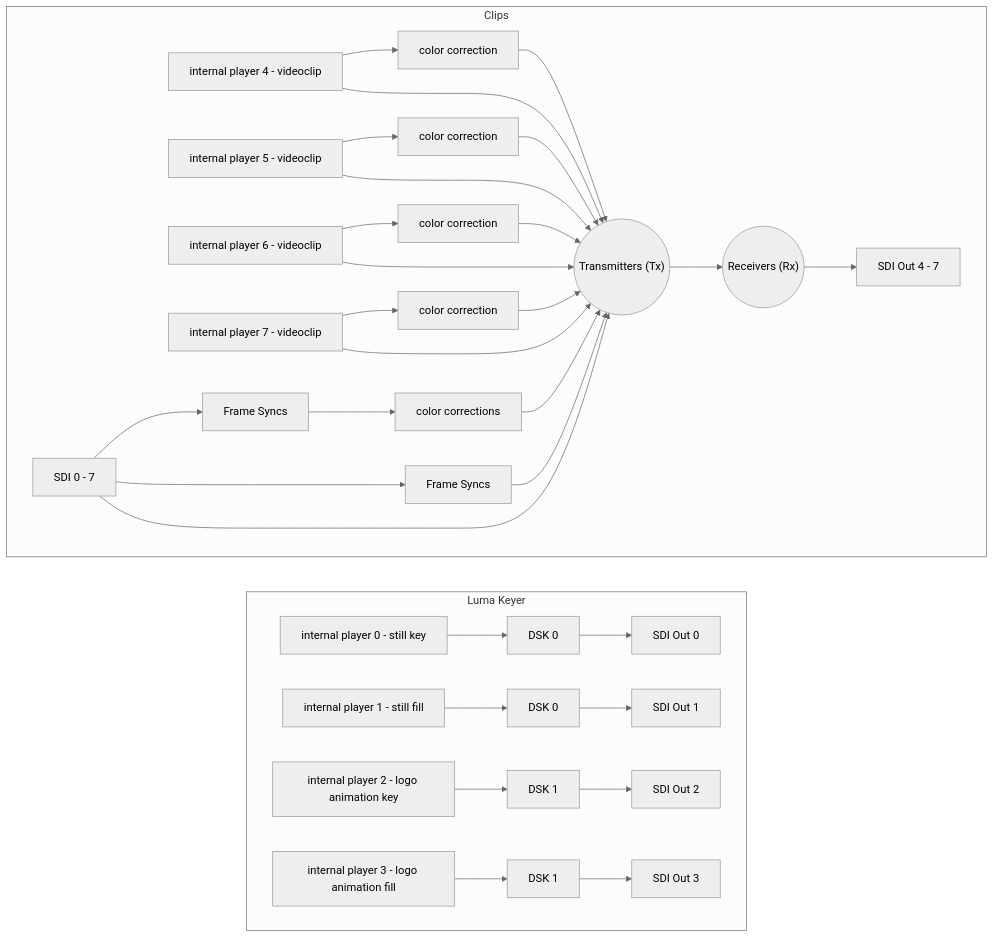
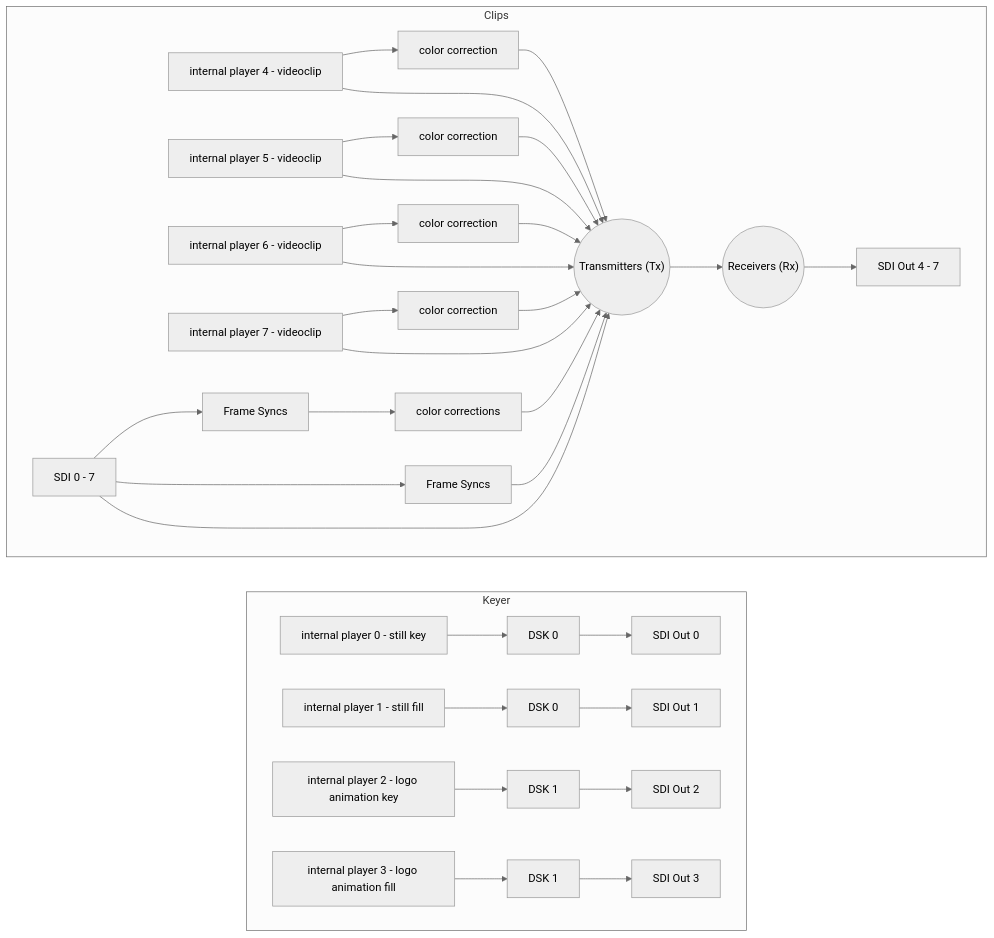
One commit to arkona-technologies/demosetup-at300 changed the diagram in README.md. Above: the diagram before and after it, drawn with Mermaid (neutral theme). The commit also changed other lines of this file, not shown here.

````diff
--- a/README.md
+++ b/README.md
@@ -56,53 +59,53 @@
 ```mermaid
 graph LR
     still_key["internal player 0 - still key"]
     still_fill["internal player 1 - still fill"]
     logo_key["internal player 2 - logo animation key"]
     logo_fill["internal player 3 - logo animation fill"]
     clip0["internal player 4 - videoclip"]
     clip1["internal player 5 - videoclip"]
     clip2["internal player 6 - videoclip"]
     clip3["internal player 7 - videoclip"]
     cc0["color correction"]
     cc1["color correction"]
     cc2["color correction"]
     cc3["color correction"]
     ccs["color corrections"]
-    fs0["Frame Syncs"]
-    fs1["Frame Syncs"]
-    tx(("Transmitters (Tx)"))
-    rx(("Receivers (Rx)"))
     dsk00["DSK 0"]
     dsk01["DSK 0"]
     dsk10["DSK 1"]
     dsk11["DSK 1"]
     sdi_out0["SDI Out 0"]
     sdi_out1["SDI Out 1"]
     sdi_out2["SDI Out 2"]
     sdi_out3["SDI Out 3"]
     sdi_out4["SDI Out 4 - 7"]
+    fs0["Frame Syncs"]
+    fs1["Frame Syncs"]
+    tx(("Transmitters (Tx)"))
+    rx(("Receivers (Rx)"))
     sdi_in["SDI 0 - 7"]
-    subgraph "Luma Keyer"
-      direction LR
+    subgraph "Keyer"
+    direction LR
       still_key --> dsk00 --> sdi_out0
       still_fill --> dsk01 --> sdi_out1
       logo_key --> dsk10 --> sdi_out2
       logo_fill --> dsk11 --> sdi_out3
     end
     subgraph "Clips"
     direction LR
       clip0 --> cc0 --> tx
       clip1 --> cc1 --> tx
       clip2 --> cc2 --> tx
       clip3 --> cc3 --> tx
       clip0 --> tx
       clip1 --> tx
       clip2 --> tx
       clip3 --> tx
       sdi_in --> fs0 --> ccs --> tx
       sdi_in --> fs1 --> tx
       sdi_in --> tx
       tx --> rx
       rx --> sdi_out4
     end
 ```
````
